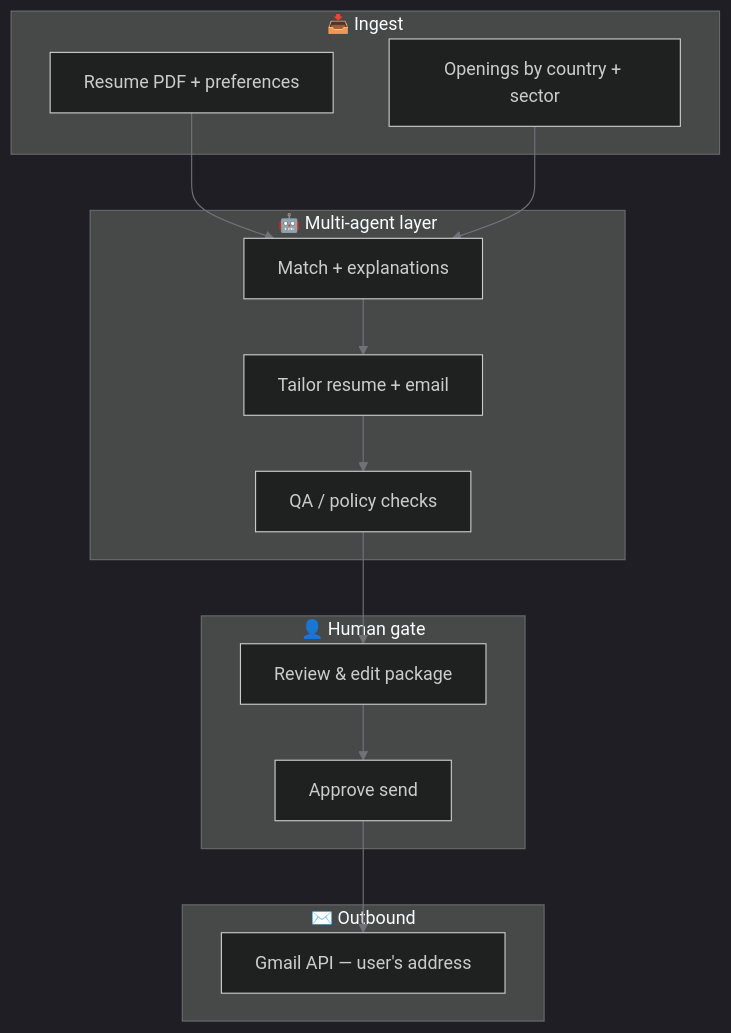
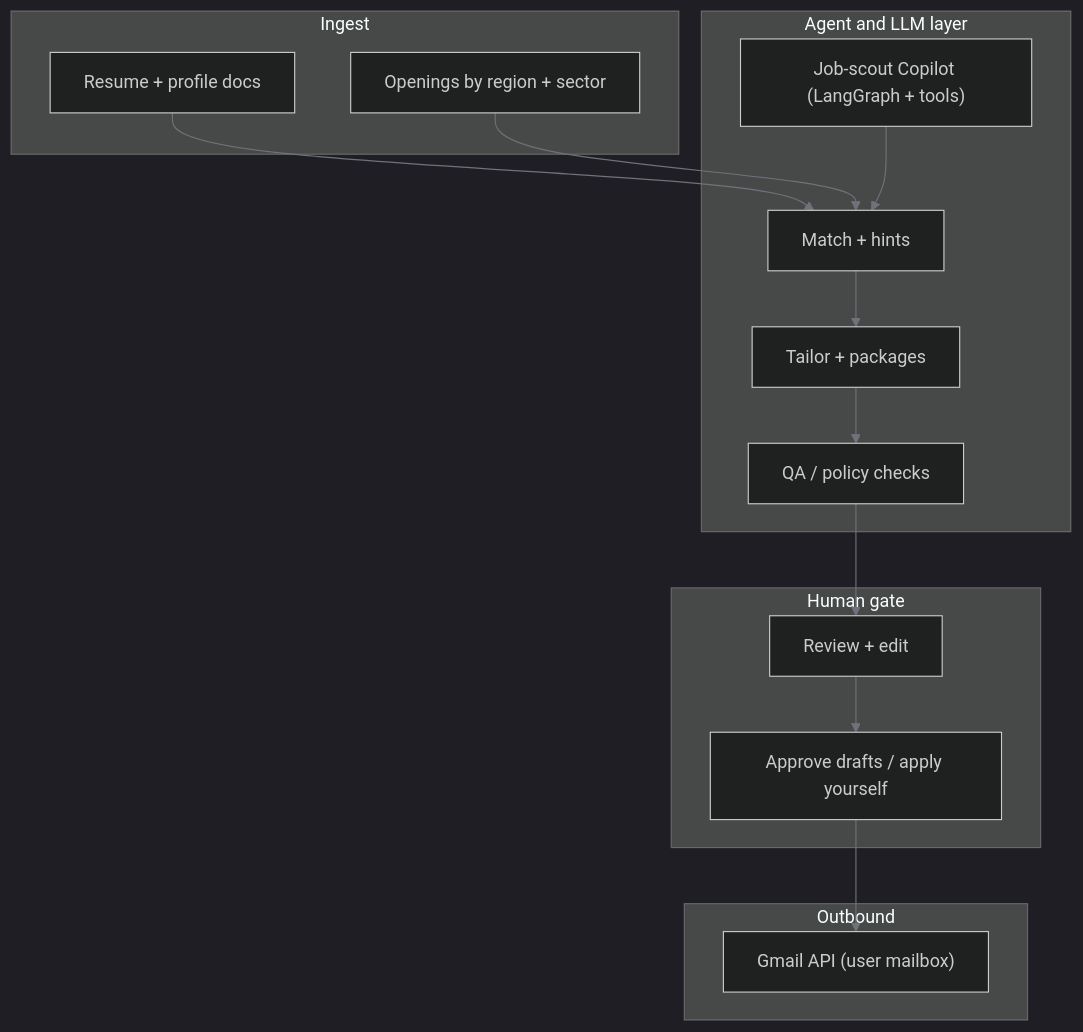
The diagram in README.md (frank-asket/daubo), drawn with Mermaid before and after one commit. The commit also changed other lines of this file, not shown here.

First line of the commit message:
Update README to reflect project vision and architecture enhancements

````diff
--- a/README.md
+++ b/README.md
@@ -47,27 +57,29 @@
 ```mermaid
 %%{init: { "theme": "dark", "themeVariables": { "primaryColor": "#4ade80", "primaryTextColor": "#0a0a0a", "lineColor": "#71717a" }}}%%
 flowchart TB
-  subgraph ingest["📥 Ingest"]
-    R[Resume PDF + preferences]
-    J[Openings by country + sector]
+  subgraph ingest["Ingest"]
+    R["Resume + profile docs"]
+    J["Openings by region + sector"]
   end
 
-  subgraph agents["🤖 Multi-agent layer"]
-    M[Match + explanations]
-    T[Tailor resume + email]
-    Q[QA / policy checks]
+  subgraph agents["Agent and LLM layer"]
+    M["Match + hints"]
+    T["Tailor + packages"]
+    Q["QA / policy checks"]
+    C["Job-scout Copilot (LangGraph + tools)"]
   end
 
-  subgraph human["👤 Human gate"]
-    A[Review & edit package]
-    P[Approve send]
+  subgraph human["Human gate"]
+    A["Review + edit"]
+    P["Approve drafts / apply yourself"]
   end
 
-  subgraph outbound["✉️ Outbound"]
-    G[Gmail API — user's address]
+  subgraph outbound["Outbound"]
+    G["Gmail API (user mailbox)"]
   end
 
   R --> M
   J --> M
+  C --> M
   M --> T --> Q --> A --> P --> G
 ```
````
